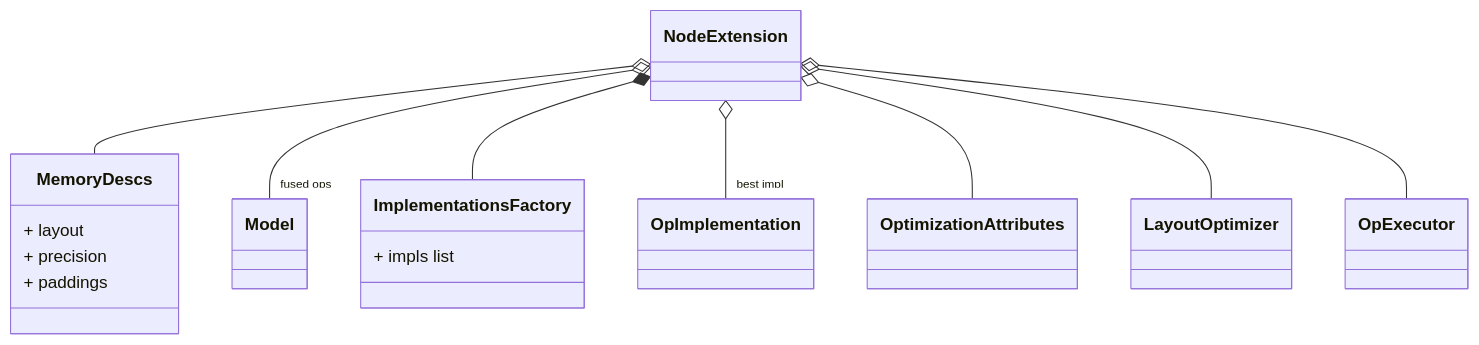
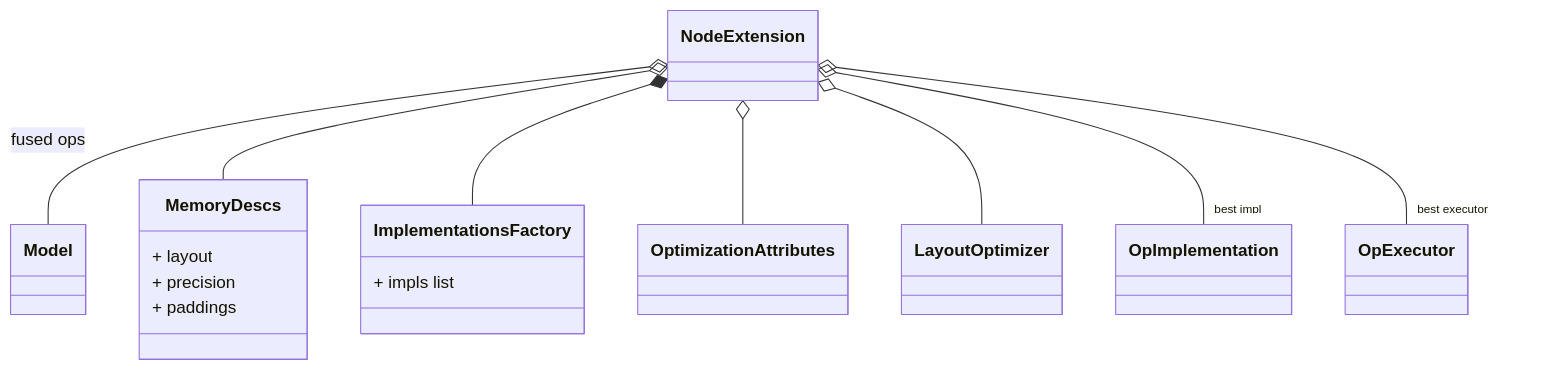
Before and after one commit to z71258847/openvino_sycl_poc: the second of 2 diagrams in src/plugins/one_plugin/docs/arch.md, drawn with Mermaid. The commit also changed other lines of this file and 10 other files, not shown here.

````diff
--- a/src/plugins/one_plugin/docs/arch.md
+++ b/src/plugins/one_plugin/docs/arch.md
@@ -23,28 +23,28 @@
 ```mermaid
 classDiagram
     class MemoryDescs {
         + layout
         + precision
         + paddings
     }
 
     class Model
     class ImplementationsFactory {
         + impls list
     }
     class OpImplementation
     class OptimizationAttributes
     class LayoutOptimizer
     class OpExecutor
 
     class NodeExtension
 
+    NodeExtension o-- Model : fused ops
     NodeExtension o-- MemoryDescs
-    NodeExtension o-- "fused ops" Model
     NodeExtension *-- ImplementationsFactory
-    NodeExtension o-- "best impl" OpImplementation
     NodeExtension o-- OptimizationAttributes
     NodeExtension o-- LayoutOptimizer
-    NodeExtension o-- OpExecutor
+    NodeExtension o-- "best impl" OpImplementation
+    NodeExtension o-- "best executor" OpExecutor
 
 ```
````
